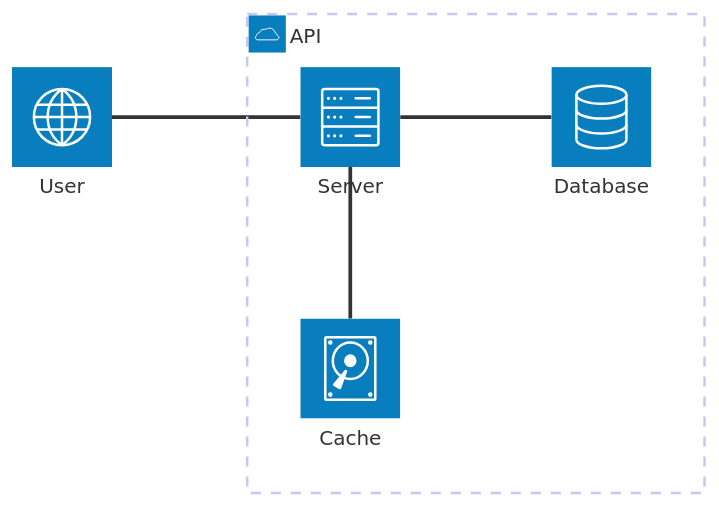
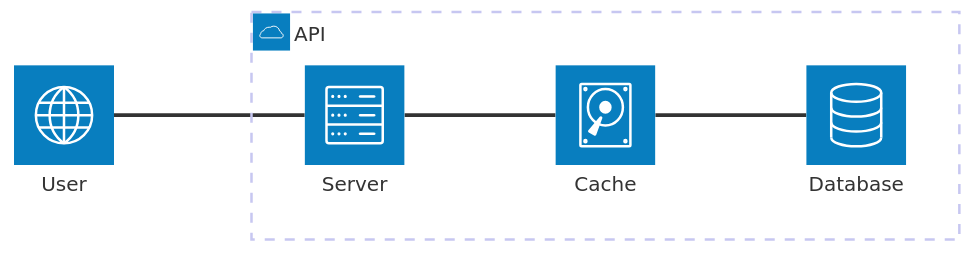
Before and after one commit to jackmcosta32/url-shortener: the diagram in README.md, drawn with Mermaid. The commit also changed other lines of this file and 4 other files, not shown here.

````diff
--- a/README.md
+++ b/README.md
@@ -143,13 +143,13 @@
 ```mermaid
 architecture-beta
     service user(internet)[User]
 
     group api(cloud)[API]
     service db(database)[Database] in api
     service cache(disk)[Cache] in api
     service server(server)[Server] in api
 
     user:R -- L:server
-    db:L -- R:server
-    cache:T -- B:server
+    server:R -- L:cache
+    cache:R -- L:db
 ```
````
